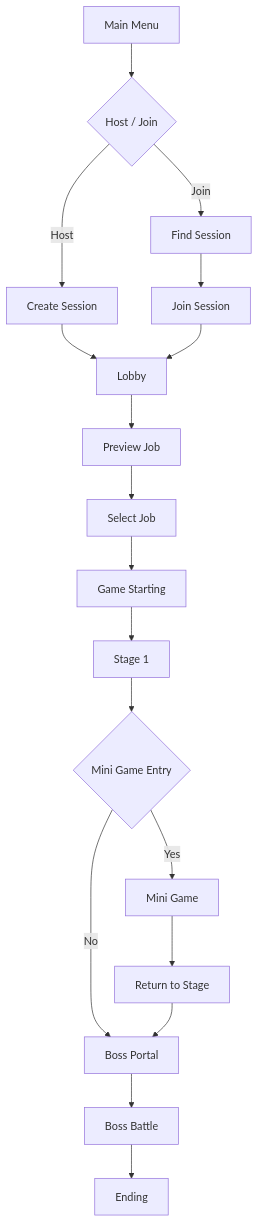
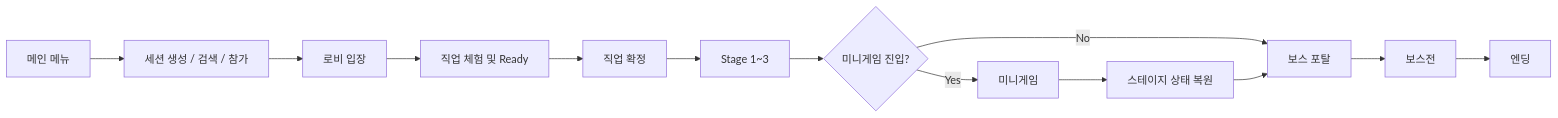
One commit to Wandukong22/BangSquad changed the first of 2 diagrams in README.md. Above: the diagram before and after it, drawn with Mermaid. The commit also changed other lines of this file, not shown here.

````diff
--- a/README.md
+++ b/README.md
@@ -363,20 +33,15 @@
 ```mermaid
-flowchart TD
-    A[Main Menu] --> B{Host / Join}
-    B -->|Host| C[Create Session]
-    B -->|Join| D[Find Session]
-    D --> E[Join Session]
-    C --> F[Lobby]
-    E --> F
-    F --> G[Preview Job]
-    G --> H[Select Job]
-    H --> I[Game Starting]
-    I --> J[Stage 1]
-    J --> K{Mini Game Entry}
-    K -->|Yes| L[Mini Game]
-    L --> M[Return to Stage]
-    K -->|No| N[Boss Portal]
-    M --> N
-    N --> O[Boss Battle]
-    O --> P[Ending]
+flowchart LR
+    A[메인 메뉴] --> B[세션 생성 / 검색 / 참가]
+    B --> C[로비 입장]
+    C --> D[직업 체험 및 Ready]
+    D --> E[직업 확정]
+    E --> F[Stage 1~3]
+    F --> G{미니게임 진입?}
+    G -- Yes --> H[미니게임]
+    H --> I[스테이지 상태 복원]
+    G -- No --> J[보스 포탈]
+    I --> J
+    J --> K[보스전]
+    K --> L[엔딩]
 ```
````
